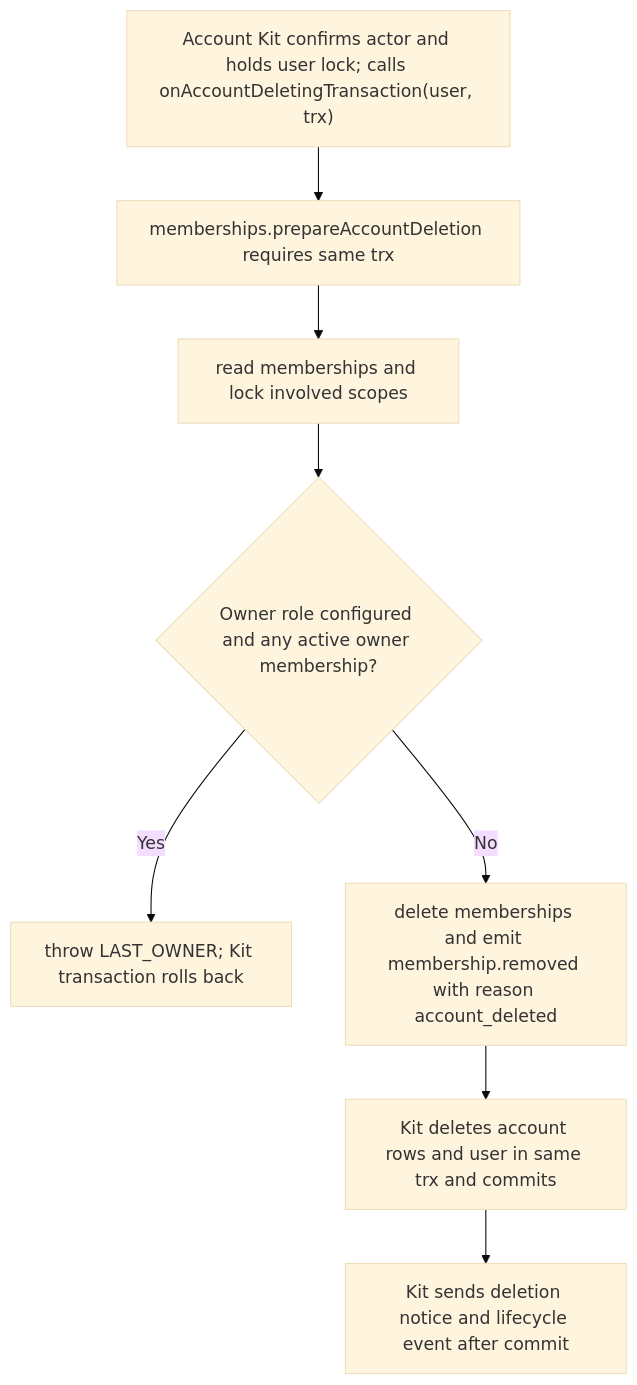
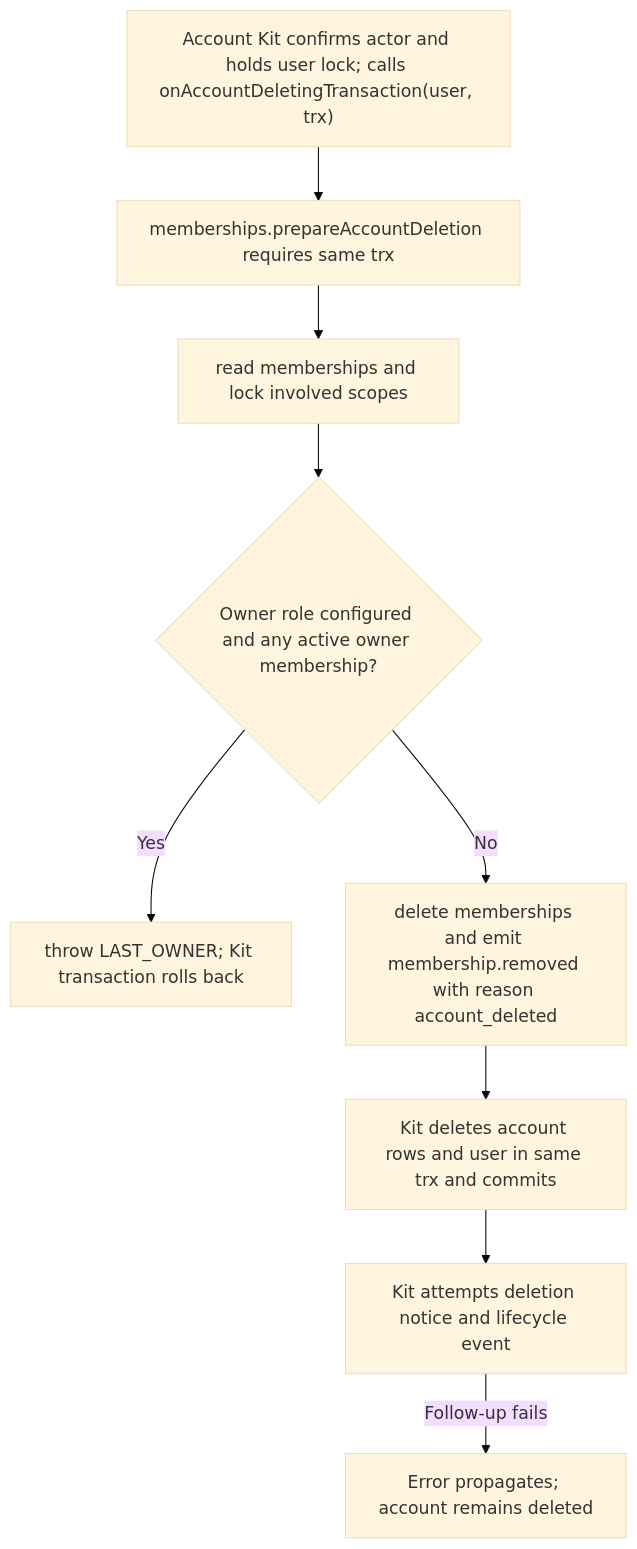
One commit to Kevinjohn/oss-adonisjs-access-control changed the second of 2 diagrams in user-stories/US-ACCESS-20-protect-account-deletion.md. Above: the diagram before and after it, drawn with Mermaid (base theme). The commit also changed other lines of this file and 18 other files, not shown here.

Commit message:
Reconcile access control story flows

````diff
--- a/user-stories/US-ACCESS-20-protect-account-deletion.md
+++ b/user-stories/US-ACCESS-20-protect-account-deletion.md
@@ -31,10 +31,11 @@
 ```mermaid
 flowchart TD
     A["Account Kit confirms actor and holds user lock; calls onAccountDeletingTransaction(user, trx)"] --> B["memberships.prepareAccountDeletion requires same trx"]
     B --> C["read memberships and lock involved scopes"]
     C --> D{"Owner role configured and any active owner membership?"}
     D -->|Yes| E["throw LAST_OWNER; Kit transaction rolls back"]
     D -->|No| F["delete memberships and emit membership.removed with reason account_deleted"]
     F --> G["Kit deletes account rows and user in same trx and commits"]
-    G --> H["Kit sends deletion notice and lifecycle event after commit"]
+    G --> H["Kit attempts deletion notice and lifecycle event"]
+    H -->|Follow-up fails| I["Error propagates; account remains deleted"]
 ```
````
